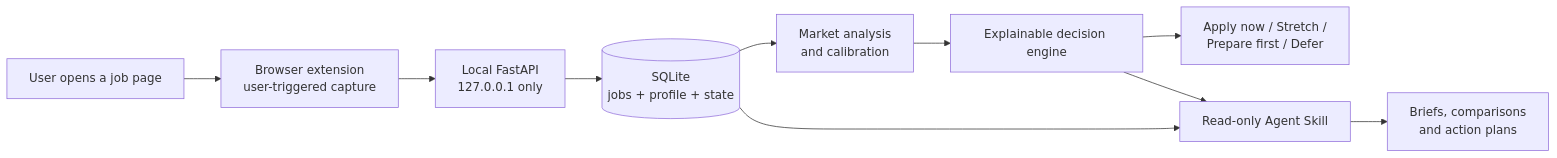
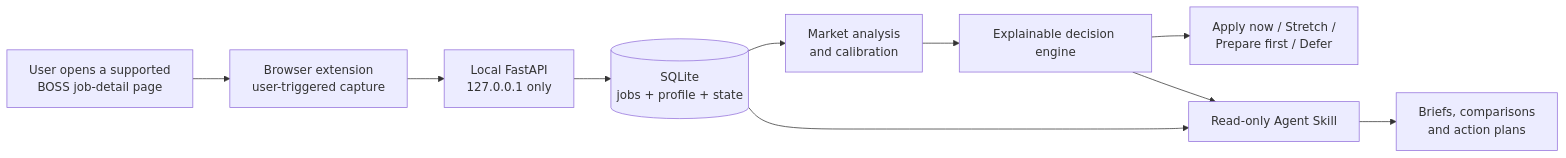
The diagram in README.md (Xixiaogu/job-market-reality-check), drawn with Mermaid before and after one commit. The commit also changed other lines of this file and 76 other files, not shown here.

````diff
--- a/README.md
+++ b/README.md
@@ -23,12 +39,12 @@
 ```mermaid
 flowchart LR
-    A["User opens a job page"] --> B["Browser extension<br/>user-triggered capture"]
+    A["User opens a supported<br/>BOSS job-detail page"] --> B["Browser extension<br/>user-triggered capture"]
     B --> C["Local FastAPI<br/>127.0.0.1 only"]
     C --> D[("SQLite<br/>jobs + profile + state")]
     D --> E["Market analysis<br/>and calibration"]
     E --> F["Explainable decision engine"]
     F --> G["Apply now / Stretch /<br/>Prepare first / Defer"]
     D --> H["Read-only Agent Skill"]
     F --> H
     H --> I["Briefs, comparisons<br/>and action plans"]
 ```
````
